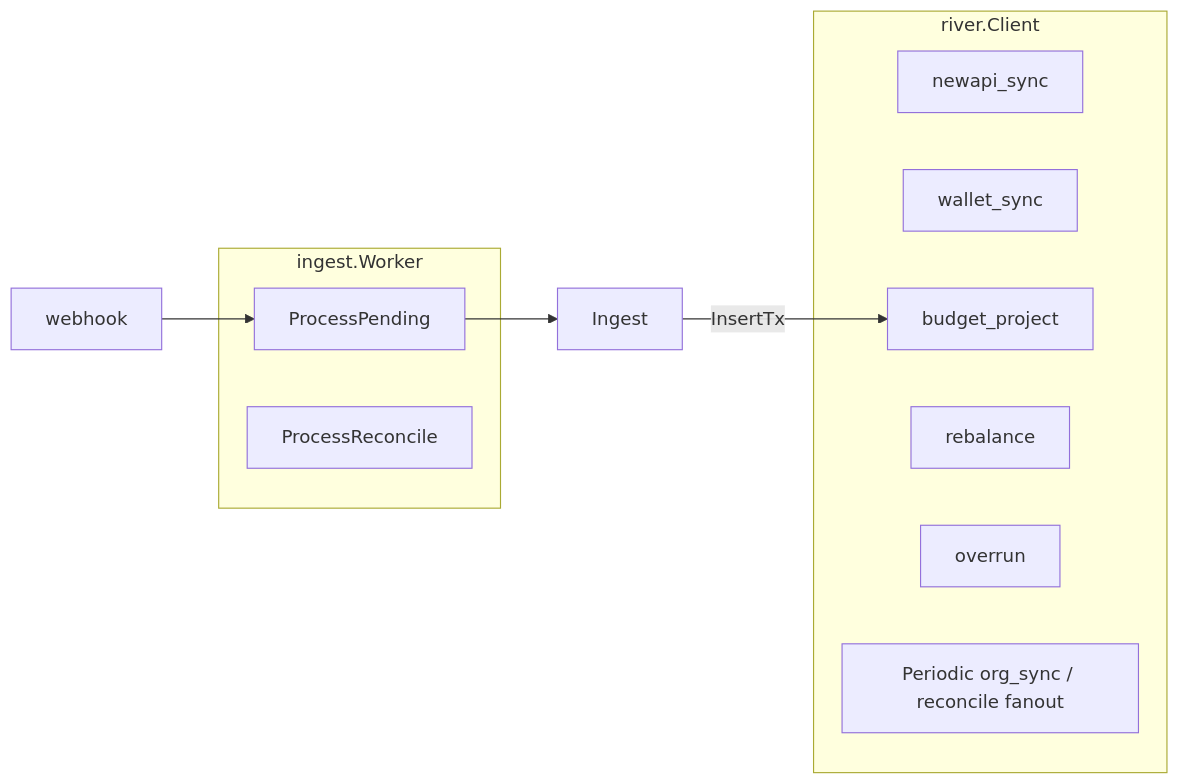
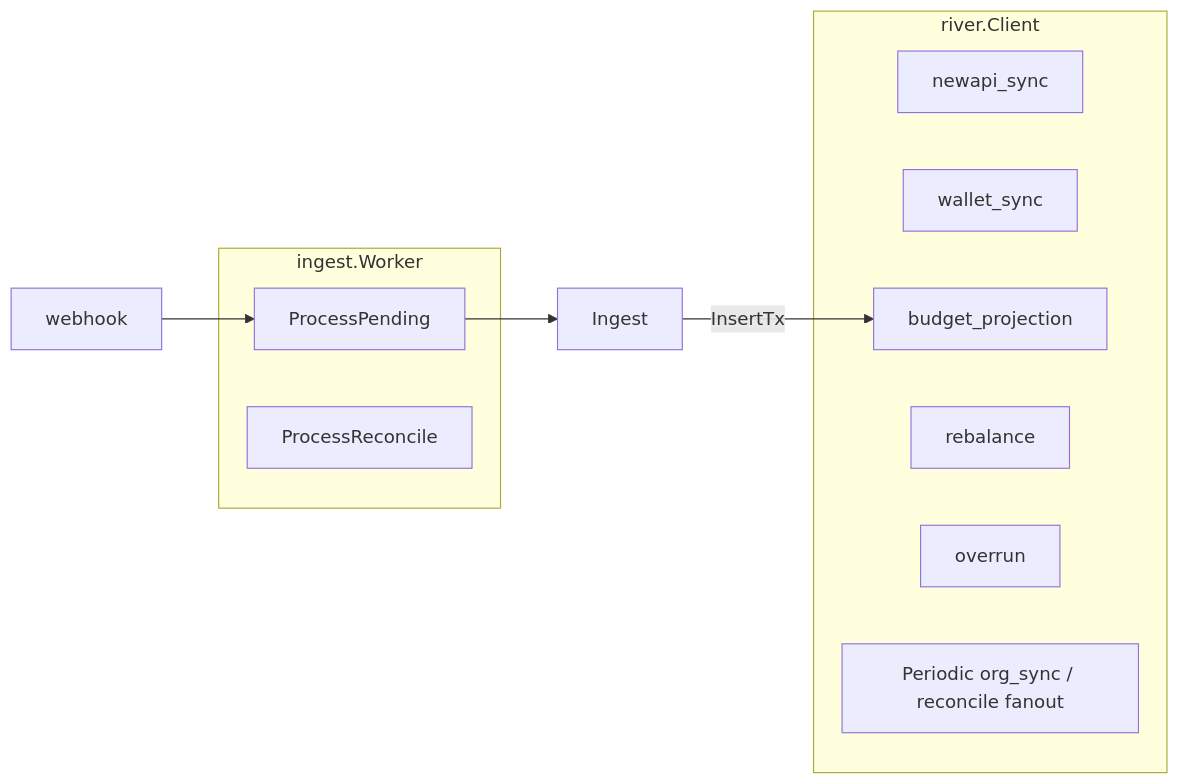
The fifth of 6 diagrams in docs/Backend-架构.md (quyip8818/mytokenjoy), drawn with Mermaid before and after one commit. The commit also changed other lines of this file and 175 other files, not shown here.

````diff
--- a/docs/Backend-架构.md
+++ b/docs/Backend-架构.md
@@ -430,20 +430,20 @@
 ```mermaid
 flowchart LR
   subgraph ingest [ingest.Worker]
     P[ProcessPending]
     R[ProcessReconcile]
   end
 
   subgraph river [river.Client]
     NS[newapi_sync]
     WS[wallet_sync]
-    BP[budget_project]
+    BP[budget_projection]
     RB[rebalance]
     OV[overrun]
     FAN[Periodic org_sync / reconcile fanout]
   end
 
   WH[webhook] --> P
   P --> ING[Ingest]
   ING -->|InsertTx| BP
 ```
````
